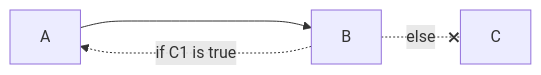
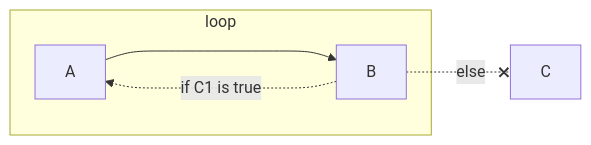
Before and after one commit to OlofMorraNavara/TemporalQuestions: the second of 4 diagrams in README.md, drawn with Mermaid.

````diff
--- a/README.md
+++ b/README.md
@@ -17,6 +17,8 @@
 ```mermaid
 flowchart LR
-    A ----> B
-    B -.if C1 is true.-> A
+    subgraph loop
+        A ----> B
+        B -.if C1 is true.-> A
+    end
     B -.else.-x C
 ```
````
